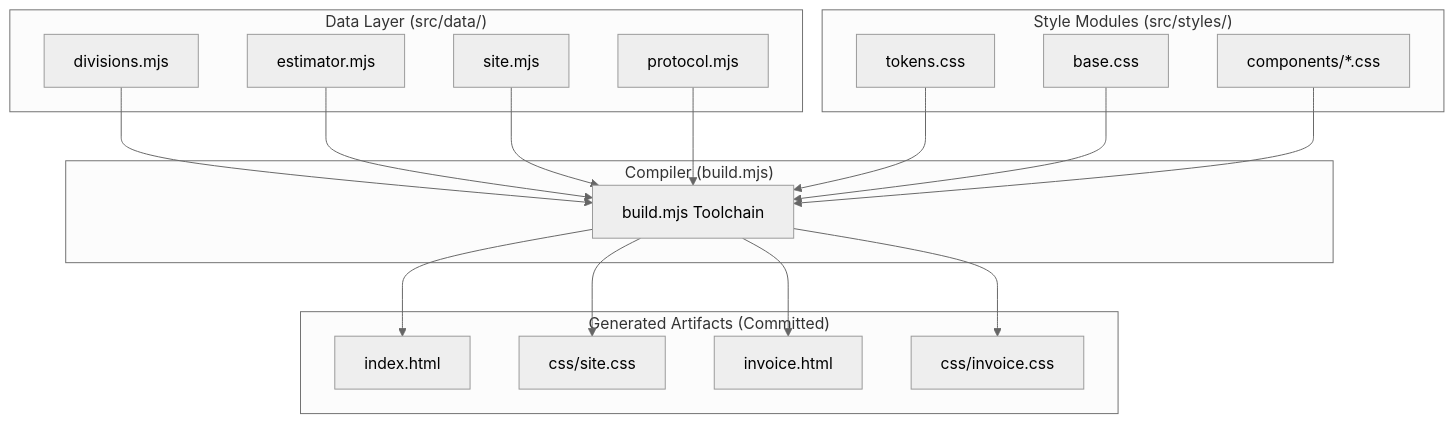
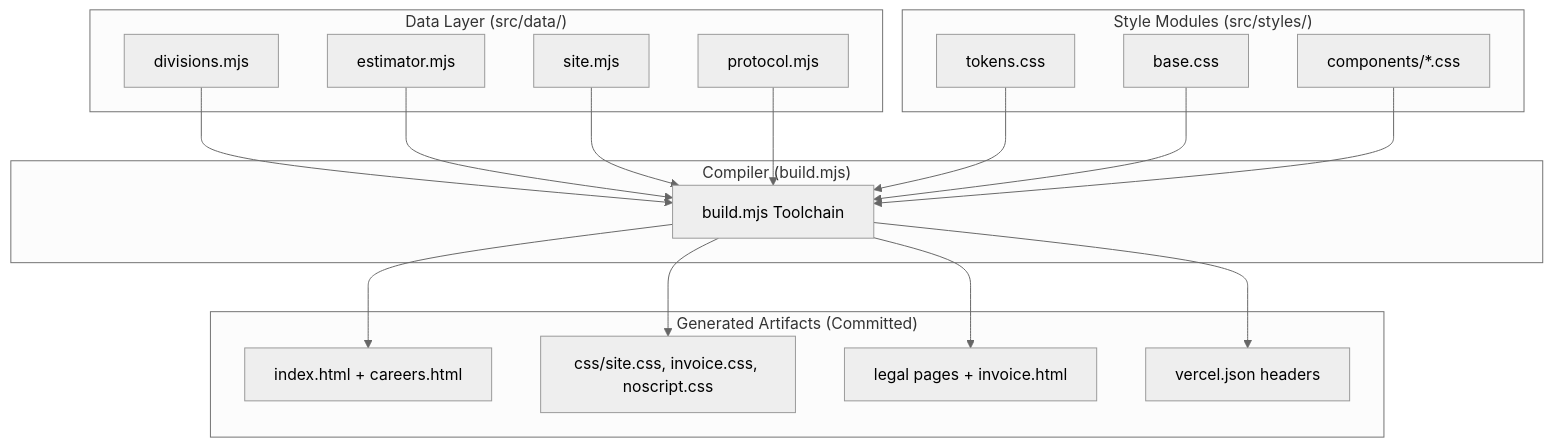
The first of 2 diagrams in context/architecture.md (seancope357/fused-protective-services), drawn with Mermaid (neutral theme) before and after one commit. The commit also changed other lines of this file and 13 other files, not shown here.

````diff
--- a/context/architecture.md
+++ b/context/architecture.md
@@ -15,30 +15,30 @@
 ```mermaid
 graph TD
     subgraph "Data Layer (src/data/)"
         D1[divisions.mjs]
         D2[estimator.mjs]
         D3[site.mjs]
         D4[protocol.mjs]
     end
 
     subgraph "Style Modules (src/styles/)"
         S1[tokens.css]
         S2[base.css]
         S3[components/*.css]
     end
 
     subgraph "Compiler (build.mjs)"
         B[build.mjs Toolchain]
     end
 
     subgraph "Generated Artifacts (Committed)"
-        A1[index.html]
-        A2[css/site.css]
-        A3[invoice.html]
-        A4[css/invoice.css]
+        A1[index.html + careers.html]
+        A2[css/site.css, invoice.css, noscript.css]
+        A3[legal pages + invoice.html]
+        A4[vercel.json headers]
     end
 
     D1 & D2 & D3 & D4 --> B
     S1 & S2 & S3 --> B
     B --> A1 & A2 & A3 & A4
 ```
````
